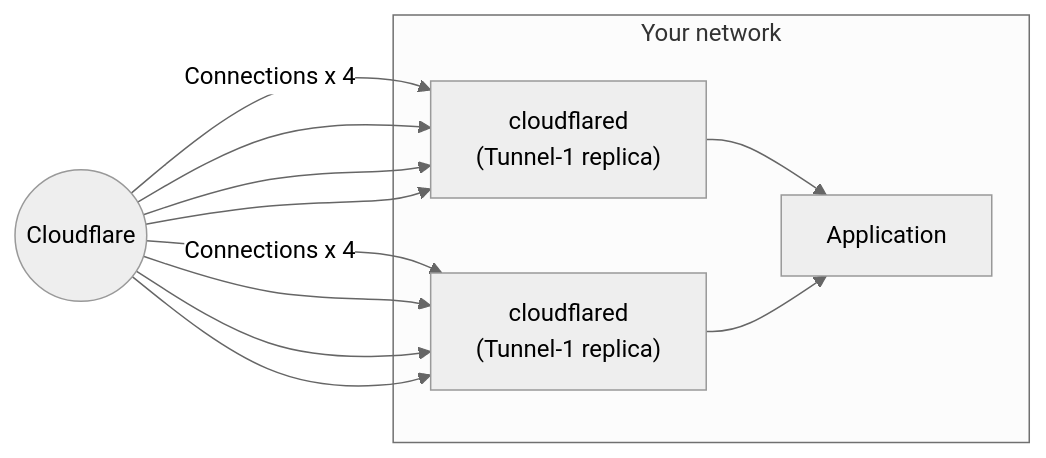
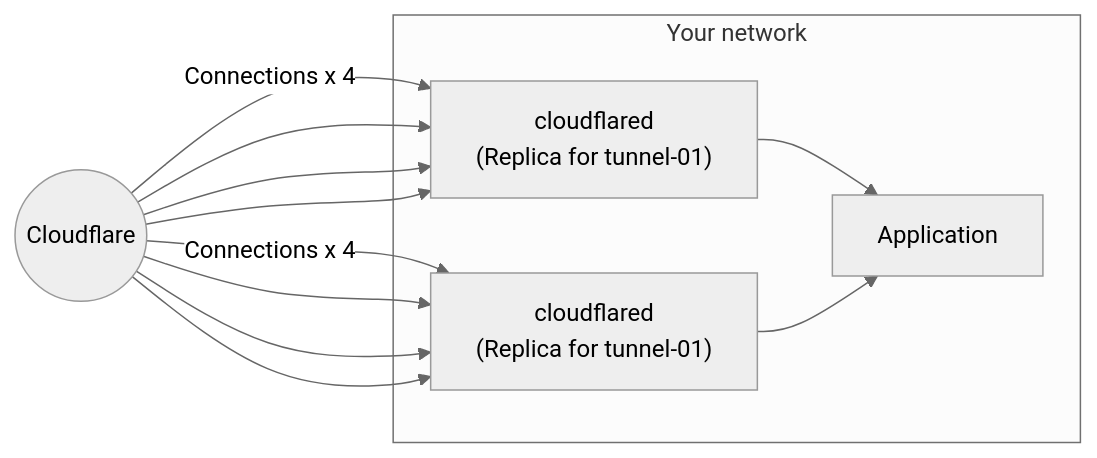
The diagram in src/content/partials/cloudflare-one/tunnel/cloudflared-replicas-diagram.mdx (cloudflare/cloudflare-docs), drawn with Mermaid (neutral theme) before and after one commit. The commit also changed 3 other files, not shown here.

````diff
--- a/src/content/partials/cloudflare-one/tunnel/cloudflared-replicas-diagram.mdx
+++ b/src/content/partials/cloudflare-one/tunnel/cloudflared-replicas-diagram.mdx
@@ -6,19 +6,19 @@
 ```mermaid
 graph LR
     C((Cloudflare))
     subgraph E[Your network]
-        cf1["cloudflared <br> (Tunnel-1 replica)"]
-        cf2["cloudflared <br> (Tunnel-1 replica)"]
+        cf1["cloudflared <br> (Replica for tunnel-01)"]
+        cf2["cloudflared <br> (Replica for tunnel-01)"]
         S1[Application]
         cf1-->S1
         cf2-->S1
     end
     C -- "Connections x 4 <br>"--> cf1
     C --> cf1
     C --> cf1
     C --> cf1
     C -- Connections x 4--> cf2
     C --> cf2
     C --> cf2
     C --> cf2
 ```
````
